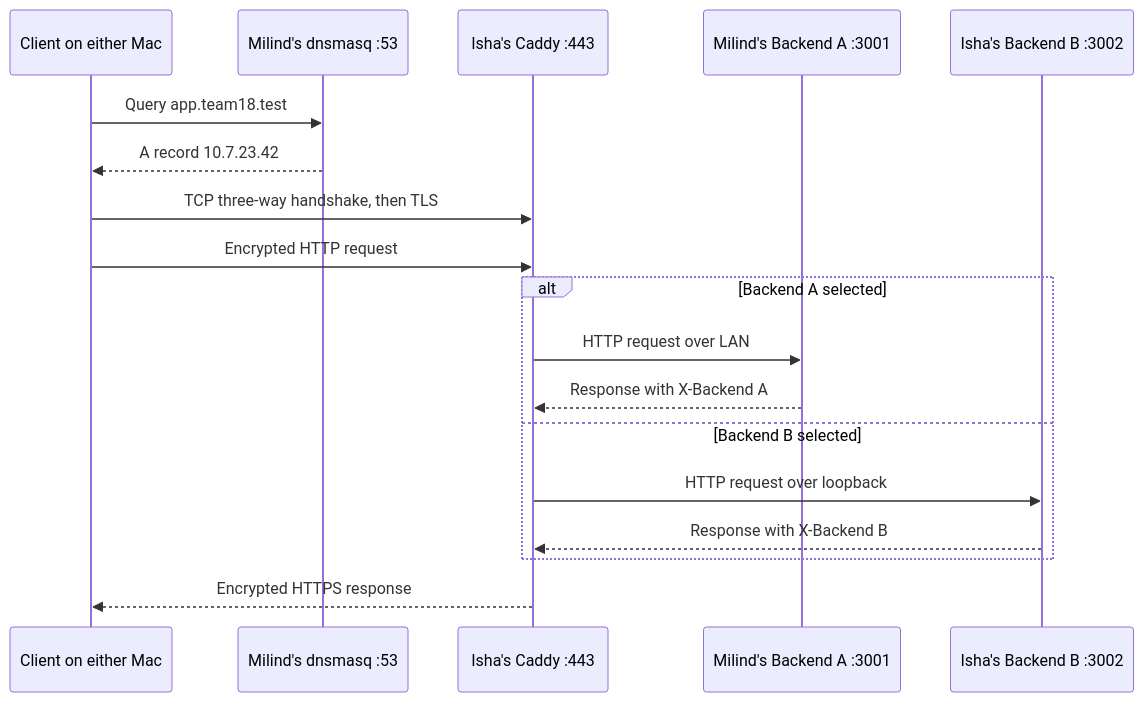
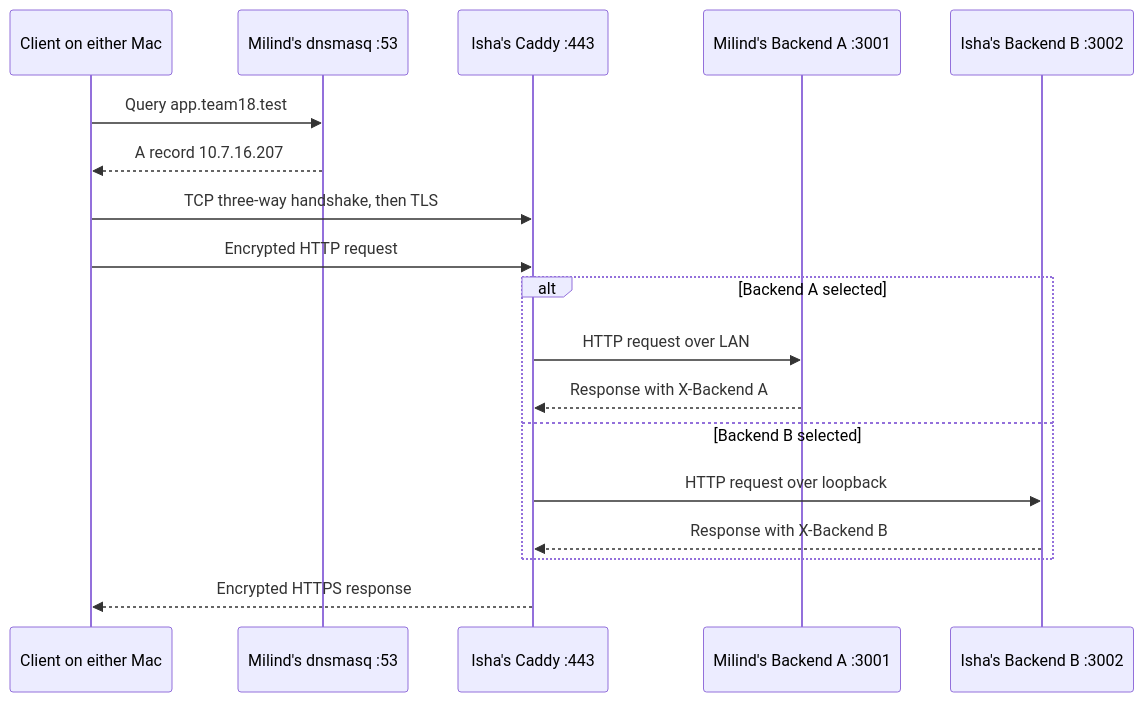
Before and after one commit to MilindDevX/cn-project: the diagram in docs/architecture.md, drawn with Mermaid. The commit also changed other lines of this file and 11 other files, not shown here.

````diff
--- a/docs/architecture.md
+++ b/docs/architecture.md
@@ -17,20 +15,20 @@
 ```mermaid
 sequenceDiagram
     participant Client as Client on either Mac
     participant DNS as Milind's dnsmasq :53
     participant Edge as Isha's Caddy :443
     participant A as Milind's Backend A :3001
     participant B as Isha's Backend B :3002
     Client->>DNS: Query app.team18.test
-    DNS-->>Client: A record 10.7.23.42
+    DNS-->>Client: A record 10.7.16.207
     Client->>Edge: TCP three-way handshake, then TLS
     Client->>Edge: Encrypted HTTP request
     alt Backend A selected
         Edge->>A: HTTP request over LAN
         A-->>Edge: Response with X-Backend A
     else Backend B selected
         Edge->>B: HTTP request over loopback
         B-->>Edge: Response with X-Backend B
     end
     Edge-->>Client: Encrypted HTTPS response
 ```
````
